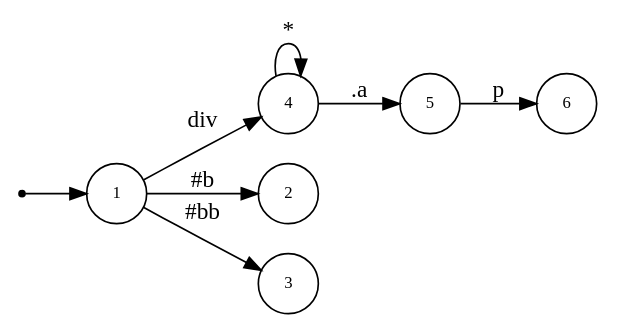
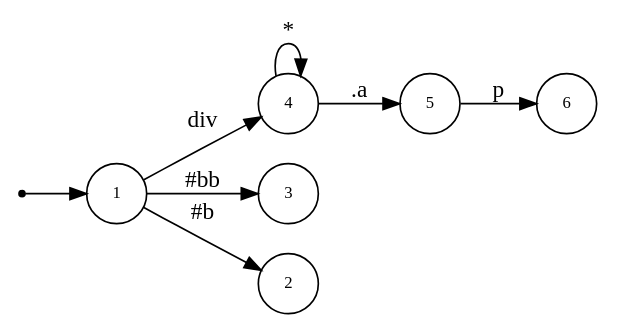
One commit to asukaminato0721/css-bitvector-compiler changed the diagram in css-gen-op/testcase/dot_tri.dot. Above: the diagram before and after it, drawn with Graphviz. The commit also changed other lines of this file and 16 other files, not shown here.

```diff
--- a/css-gen-op/testcase/dot_tri.dot
+++ b/css-gen-op/testcase/dot_tri.dot
@@ -1,19 +1,19 @@
 digraph NFA {
   rankdir=LR;
   node [shape=circle, fontsize=10];
   __start [shape=point, label=""];
   __start -> 1;
   6 [label="6"];
   1 [label="1"];
   4 [label="4"];
+  3 [label="3"];
+  5 [label="5"];
   2 [label="2"];
-  5 [label="5"];
-  3 [label="3"];
   { node [shape=doublecircle]; 2 3 6 }
   1 -> 2 [label="#b"];
   1 -> 3 [label="#bb"];
   1 -> 4 [label="div"];
   4 -> 4 [label="*"];
   4 -> 5 [label=".a"];
   5 -> 6 [label="p"];
 }
```
